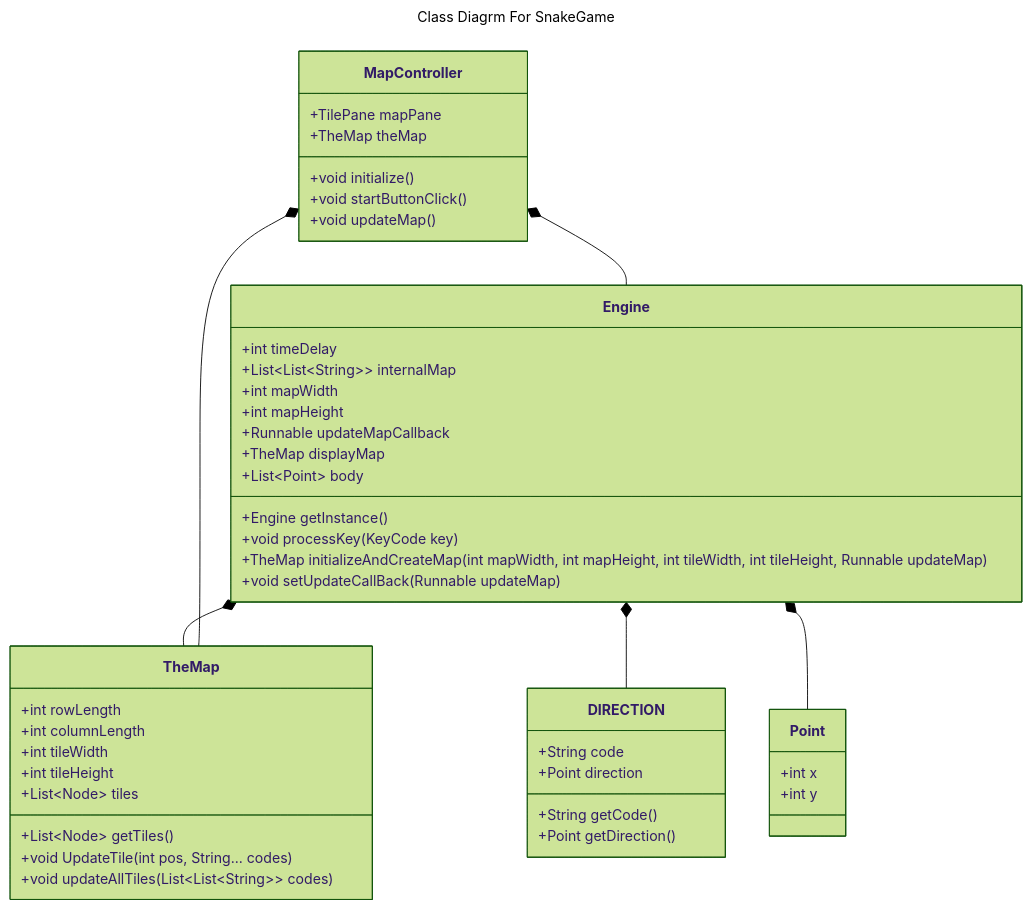
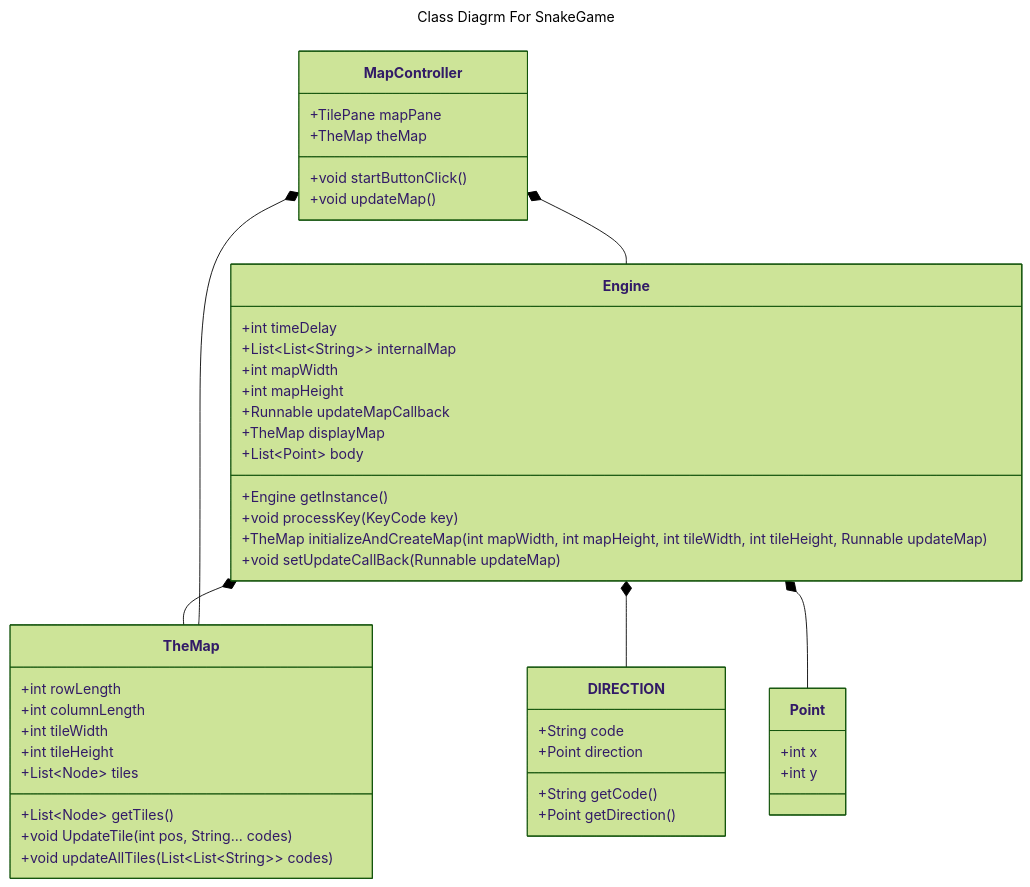
The diagram in info.md (pikolinianita/snake), drawn with Mermaid (forest theme) before and after one commit. The commit also changed 1 other file, not shown here.

Commit message:
readme and screenshot

````diff
--- a/info.md
+++ b/info.md
@@ -1,54 +1,53 @@
 ```mermaid
 ---
 title: Class Diagrm For SnakeGame
 ---
 
 classDiagram  
     Engine *-- DIRECTION
     Engine *-- Point
     Engine *-- TheMap
     MapController *-- TheMap
     MapController *-- Engine
     
     class Point {
         +int x
         +int y
     }
     class Engine {
         +int timeDelay
         +List~List~String~~ internalMap
         +int mapWidth
         +int mapHeight
         +Runnable updateMapCallback
         +TheMap displayMap
         +List~Point~ body
         +Engine getInstance()
         +void processKey(KeyCode key)
         +TheMap initializeAndCreateMap(int mapWidth, int mapHeight, int tileWidth, int tileHeight, Runnable updateMap)
         +void setUpdateCallBack(Runnable updateMap)
     }
     class TheMap {
         +int rowLength
         +int columnLength
         +int tileWidth
         +int tileHeight
         +List~Node~ tiles
         +List~Node~ getTiles()
         +void UpdateTile(int pos, String... codes)
         +void updateAllTiles(List~List~String~~ codes)
     }
     class MapController {
         +TilePane mapPane
         +TheMap theMap
-        +void initialize()
         +void startButtonClick()
         +void updateMap()
     }
     class DIRECTION {
         +String code
         +Point direction
         +String getCode()
         +Point getDirection()
     }
 
 ```
````
